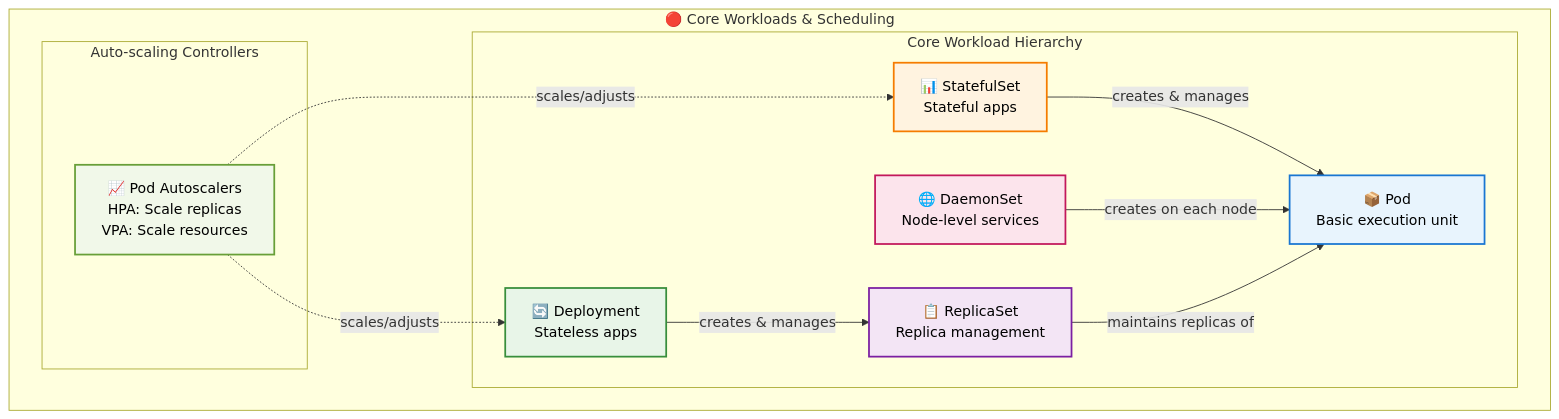
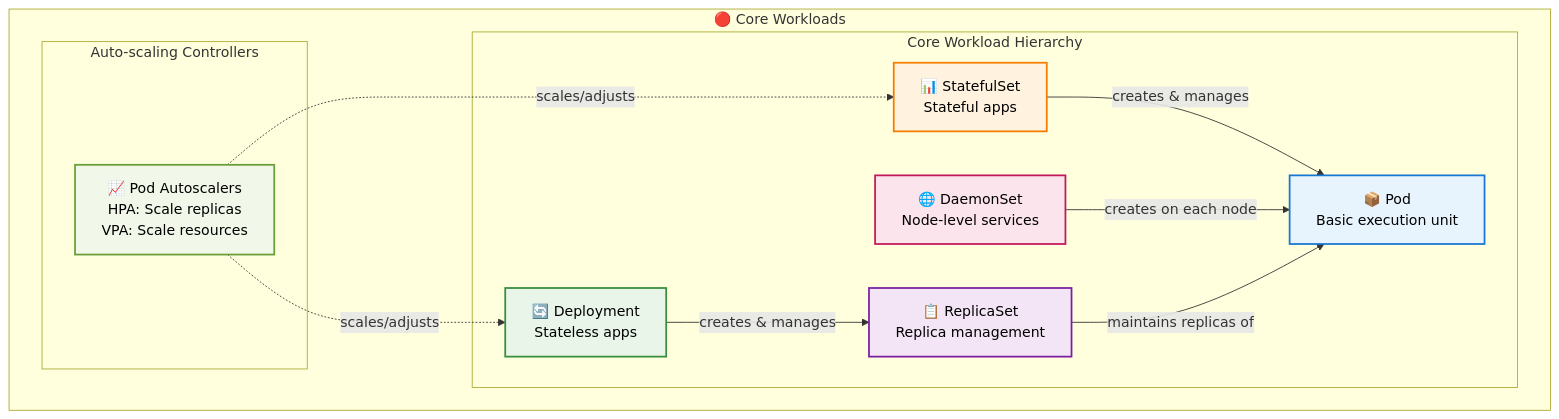
The first of 12 diagrams in 1.4_distributed_systems/kubernetes_resource_hierarchy_guide.md (razkevich/system_design_course), drawn with Mermaid before and after one commit.

Commit message:
exactly once

````diff
--- a/1.4_distributed_systems/kubernetes_resource_hierarchy_guide.md
+++ b/1.4_distributed_systems/kubernetes_resource_hierarchy_guide.md
@@ -21,33 +21,33 @@
 ```mermaid
 flowchart TD
-    subgraph "🔴 Core Workloads & Scheduling"
+    subgraph "🔴 Core Workloads"
         
         subgraph "Core Workload Hierarchy"
             Deployment["🔄 Deployment<br/>Stateless apps"]
             StatefulSet["📊 StatefulSet<br/>Stateful apps"]
             DaemonSet["🌐 DaemonSet<br/>Node-level services"]
             
             ReplicaSet["📋 ReplicaSet<br/>Replica management"]
             Pod["📦 Pod<br/>Basic execution unit"]
             
             Deployment -->|"creates & manages"| ReplicaSet
             StatefulSet -->|"creates & manages"| Pod
             DaemonSet -->|"creates on each node"| Pod
             ReplicaSet -->|"maintains replicas of"| Pod
         end
         
         subgraph "Auto-scaling Controllers"
             PodAutoscalers["📈 Pod Autoscalers<br/>HPA: Scale replicas<br/>VPA: Scale resources"]
             
             PodAutoscalers -.->|"scales/adjusts"| Deployment
             PodAutoscalers -.->|"scales/adjusts"| StatefulSet
         end
     end
     
     style Pod fill:#e8f4fd,stroke:#1976d2,stroke-width:2px,color:#000
     style ReplicaSet fill:#f3e5f5,stroke:#7b1fa2,stroke-width:2px,color:#000
     style Deployment fill:#e8f5e8,stroke:#388e3c,stroke-width:2px,color:#000
     style StatefulSet fill:#fff3e0,stroke:#f57c00,stroke-width:2px,color:#000
     style DaemonSet fill:#fce4ec,stroke:#c2185b,stroke-width:2px,color:#000
     style PodAutoscalers fill:#f1f8e9,stroke:#689f38,stroke-width:2px,color:#000
 ```
````
